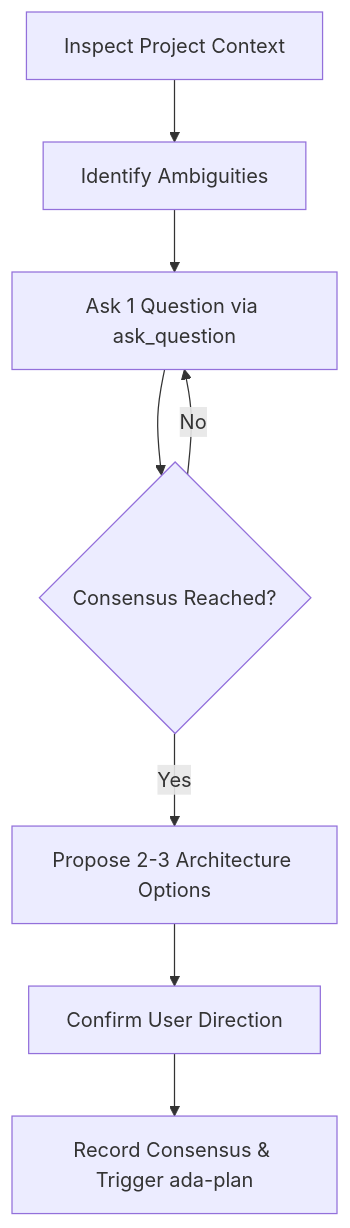
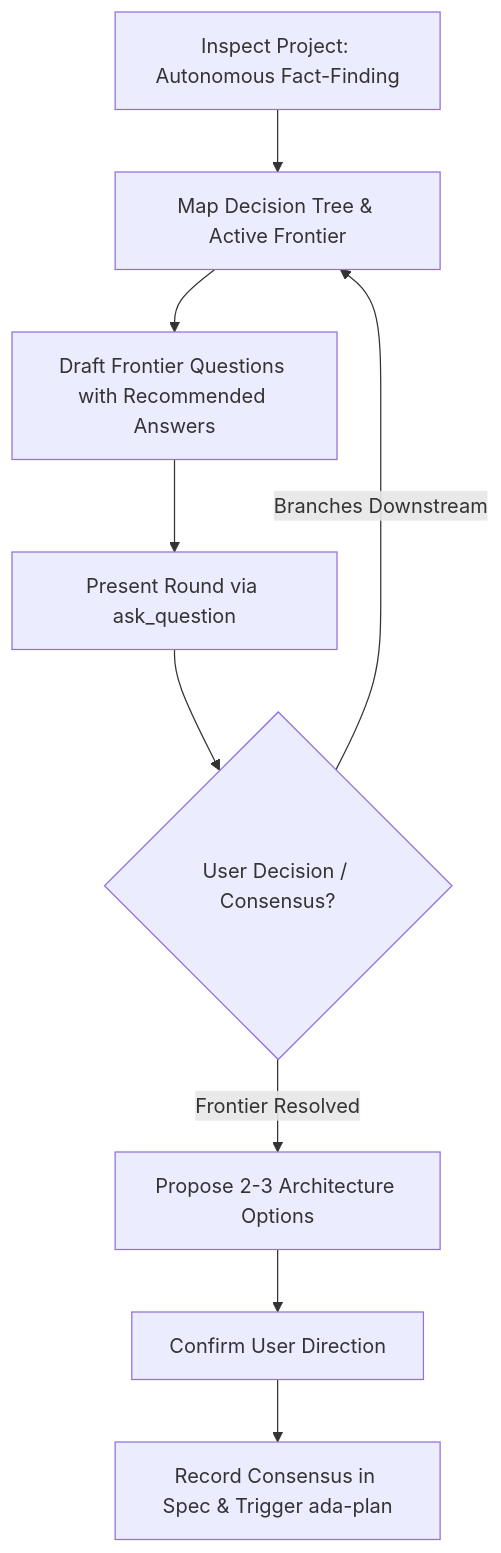
Before and after one commit to CodeLoverKawai/Ada_Aider: the diagram in skills/ada-brainstorm/SKILL.md, drawn with Mermaid. The commit also changed other lines of this file and 1 other file, not shown here.

Commit message:
feat(skills): incorporate decision-tree frontier grilling in ada-brainstorm

````diff
--- a/skills/ada-brainstorm/SKILL.md
+++ b/skills/ada-brainstorm/SKILL.md
@@ -20,10 +21,11 @@
 ```mermaid
 flowchart TD
-    A[Inspect Project Context] --> B[Identify Ambiguities]
-    B --> C[Ask 1 Question via ask_question]
-    C --> D{Consensus Reached?}
-    D -- No --> C
-    D -- Yes --> E[Propose 2-3 Architecture Options]
-    E --> F[Confirm User Direction]
-    F --> G[Record Consensus & Trigger ada-plan]
+    A[Inspect Project: Autonomous Fact-Finding] --> B[Map Decision Tree & Active Frontier]
+    B --> C[Draft Frontier Questions with Recommended Answers]
+    C --> D[Present Round via ask_question]
+    D --> E{User Decision / Consensus?}
+    E -- Branches Downstream --> B
+    E -- Frontier Resolved --> F[Propose 2-3 Architecture Options]
+    F --> G[Confirm User Direction]
+    G --> H[Record Consensus in Spec & Trigger ada-plan]
 ```
````
